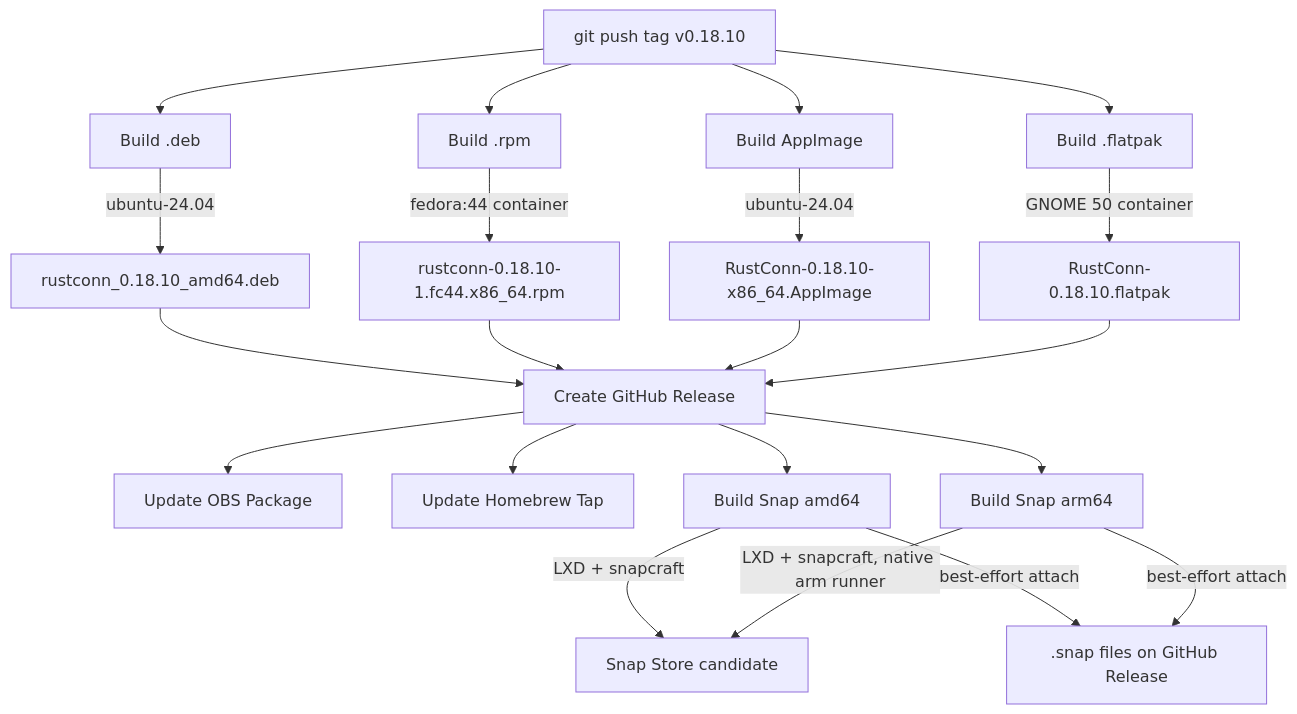
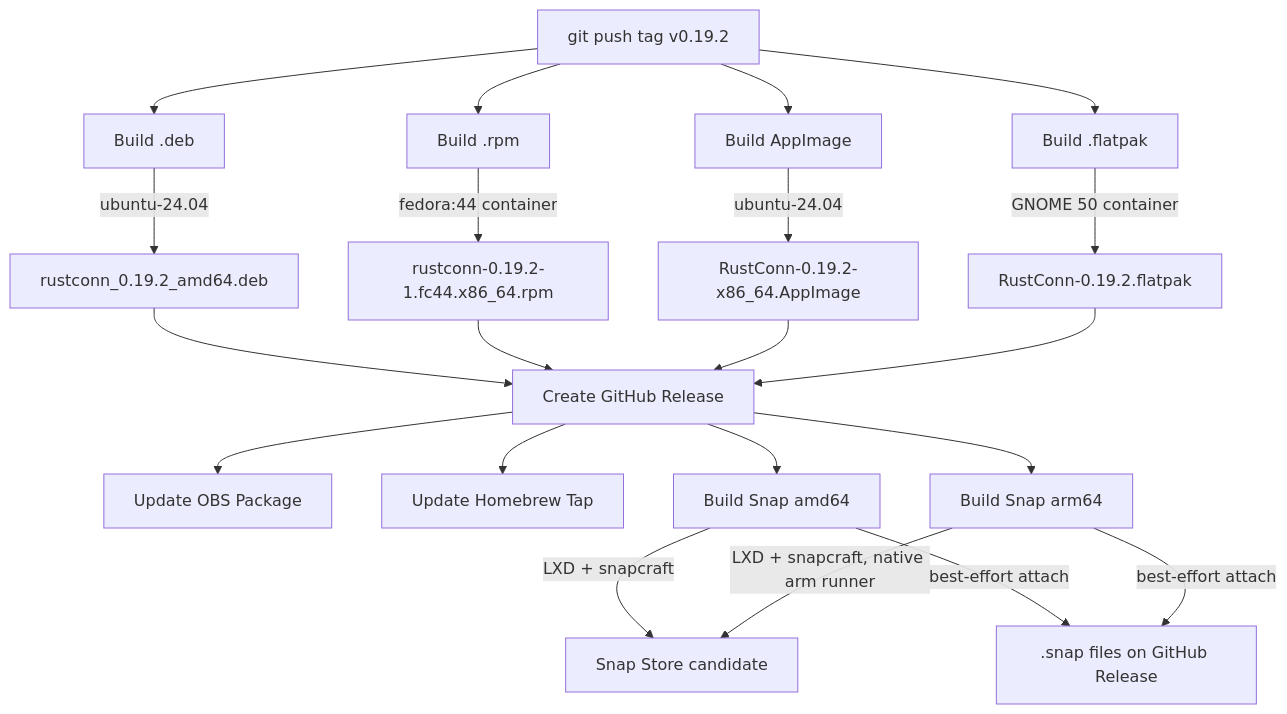
One commit to totoshko88/RustConn changed the third of 6 diagrams in docs/CI_BUILD_FLOW.md. Above: the diagram before and after it, drawn with Mermaid. The commit also changed 17 other files, not shown here.

````diff
--- a/docs/CI_BUILD_FLOW.md
+++ b/docs/CI_BUILD_FLOW.md
@@ -67,26 +67,26 @@
 ```mermaid
 graph TD
-    Tag[git push tag v0.18.10] --> BuildDeb[Build .deb]
+    Tag[git push tag v0.19.2] --> BuildDeb[Build .deb]
     Tag --> BuildRPM[Build .rpm]
     Tag --> BuildAppImage[Build AppImage]
     Tag --> BuildFlatpak[Build .flatpak]
 
-    BuildDeb --> |ubuntu-24.04| DebArtifact[rustconn_0.18.10_amd64.deb]
-    BuildRPM --> |fedora:44 container| RPMArtifact[rustconn-0.18.10-1.fc44.x86_64.rpm]
-    BuildAppImage --> |ubuntu-24.04| AppImageArtifact[RustConn-0.18.10-x86_64.AppImage]
-    BuildFlatpak --> |GNOME 50 container| FlatpakArtifact[RustConn-0.18.10.flatpak]
+    BuildDeb --> |ubuntu-24.04| DebArtifact[rustconn_0.19.2_amd64.deb]
+    BuildRPM --> |fedora:44 container| RPMArtifact[rustconn-0.19.2-1.fc44.x86_64.rpm]
+    BuildAppImage --> |ubuntu-24.04| AppImageArtifact[RustConn-0.19.2-x86_64.AppImage]
+    BuildFlatpak --> |GNOME 50 container| FlatpakArtifact[RustConn-0.19.2.flatpak]
 
     DebArtifact --> Release[Create GitHub Release]
     RPMArtifact --> Release
     AppImageArtifact --> Release
     FlatpakArtifact --> Release
 
     Release --> UpdateOBS[Update OBS Package]
     Release --> Brew[Update Homebrew Tap]
     Release --> SnapAmd64[Build Snap amd64]
     Release --> SnapArm64[Build Snap arm64]
     SnapAmd64 --> |LXD + snapcraft| SnapStore[Snap Store candidate]
     SnapArm64 --> |LXD + snapcraft, native arm runner| SnapStore
     SnapAmd64 --> |best-effort attach| SnapAsset[.snap files on GitHub Release]
     SnapArm64 --> |best-effort attach| SnapAsset
 ```
````
